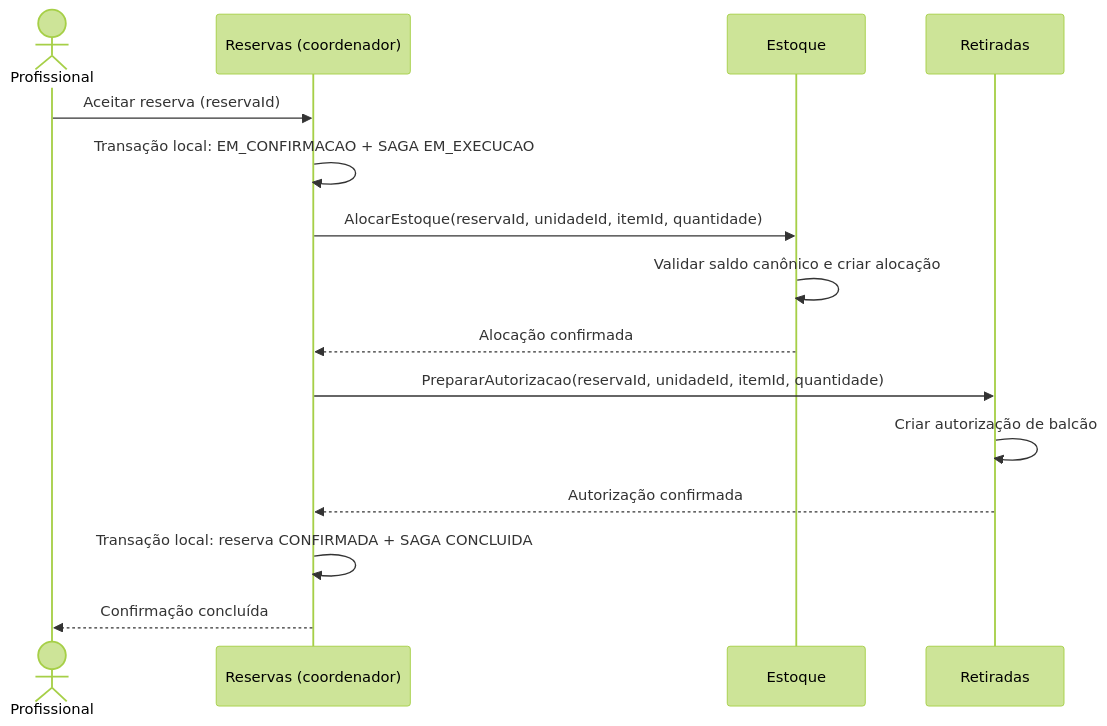
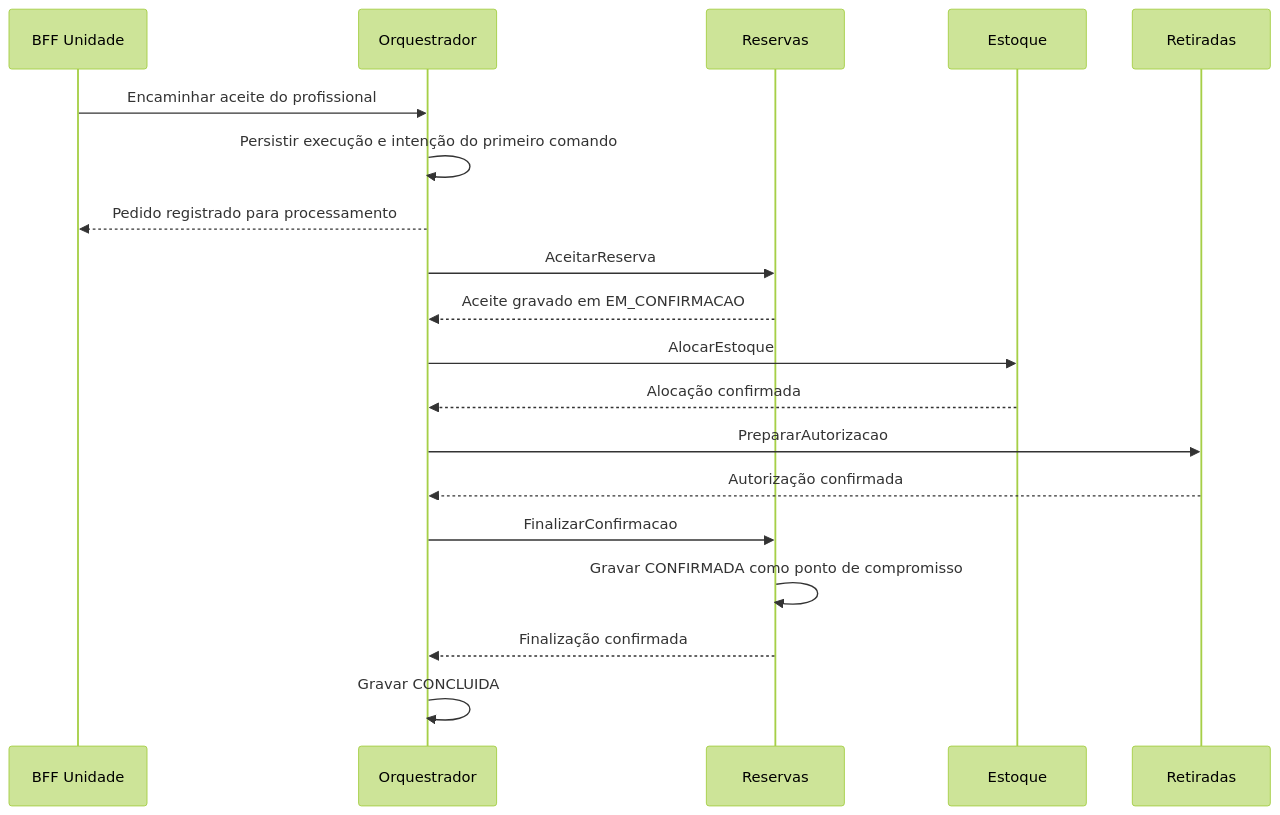
Before and after one commit to ArthurDp78/GlicoAcesso: the diagram in docs/parte-2/diagramas/saga-sucesso.md, drawn with Mermaid (forest theme). The commit also changed other lines of this file and 8 other files, not shown here.

````diff
--- a/docs/parte-2/diagramas/saga-sucesso.md
+++ b/docs/parte-2/diagramas/saga-sucesso.md
@@ -7,18 +7,21 @@
 ```mermaid
 sequenceDiagram
-    actor Profissional
-    participant R as Reservas (coordenador)
+    participant B as BFF Unidade
+    participant O as Orquestrador
+    participant R as Reservas
     participant E as Estoque
     participant T as Retiradas
-
-    Profissional->>R: Aceitar reserva (reservaId)
-    R->>R: Transação local: EM_CONFIRMACAO + SAGA EM_EXECUCAO
-    R->>E: AlocarEstoque(reservaId, unidadeId, itemId, quantidade)
-    E->>E: Validar saldo canônico e criar alocação
-    E-->>R: Alocação confirmada
-    R->>T: PrepararAutorizacao(reservaId, unidadeId, itemId, quantidade)
-    T->>T: Criar autorização de balcão
-    T-->>R: Autorização confirmada
-    R->>R: Transação local: reserva CONFIRMADA + SAGA CONCLUIDA
-    R-->>Profissional: Confirmação concluída
+    B->>O: Encaminhar aceite do profissional
+    O->>O: Persistir execução e intenção do primeiro comando
+    O-->>B: Pedido registrado para processamento
+    O->>R: AceitarReserva
+    R-->>O: Aceite gravado em EM_CONFIRMACAO
+    O->>E: AlocarEstoque
+    E-->>O: Alocação confirmada
+    O->>T: PrepararAutorizacao
+    T-->>O: Autorização confirmada
+    O->>R: FinalizarConfirmacao
+    R->>R: Gravar CONFIRMADA como ponto de compromisso
+    R-->>O: Finalização confirmada
+    O->>O: Gravar CONCLUIDA
 ```
````
